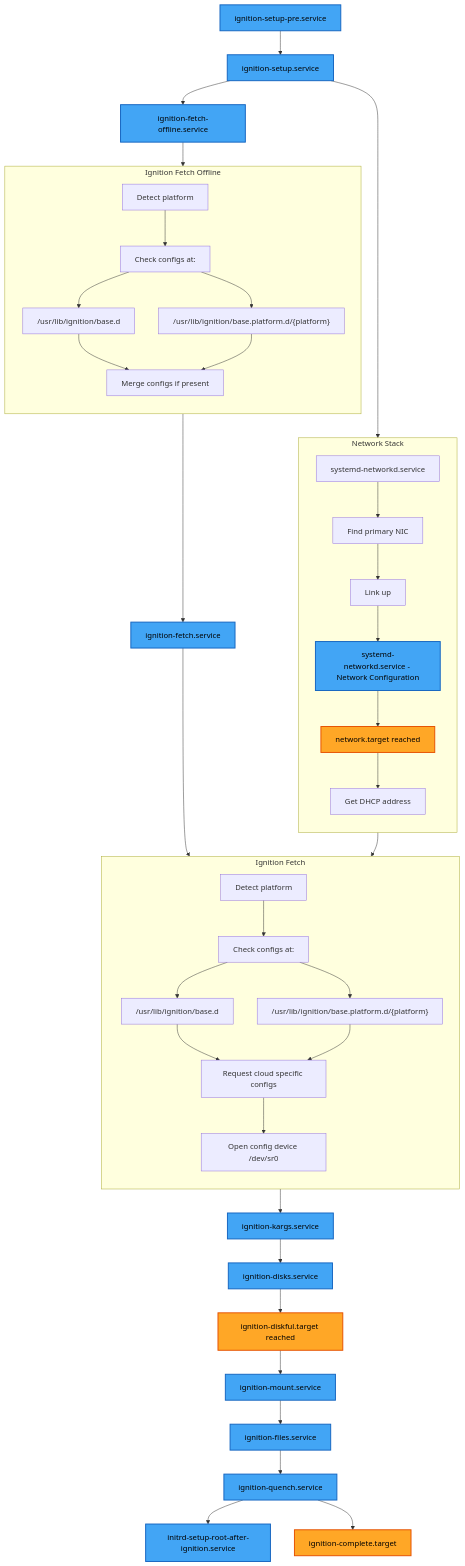
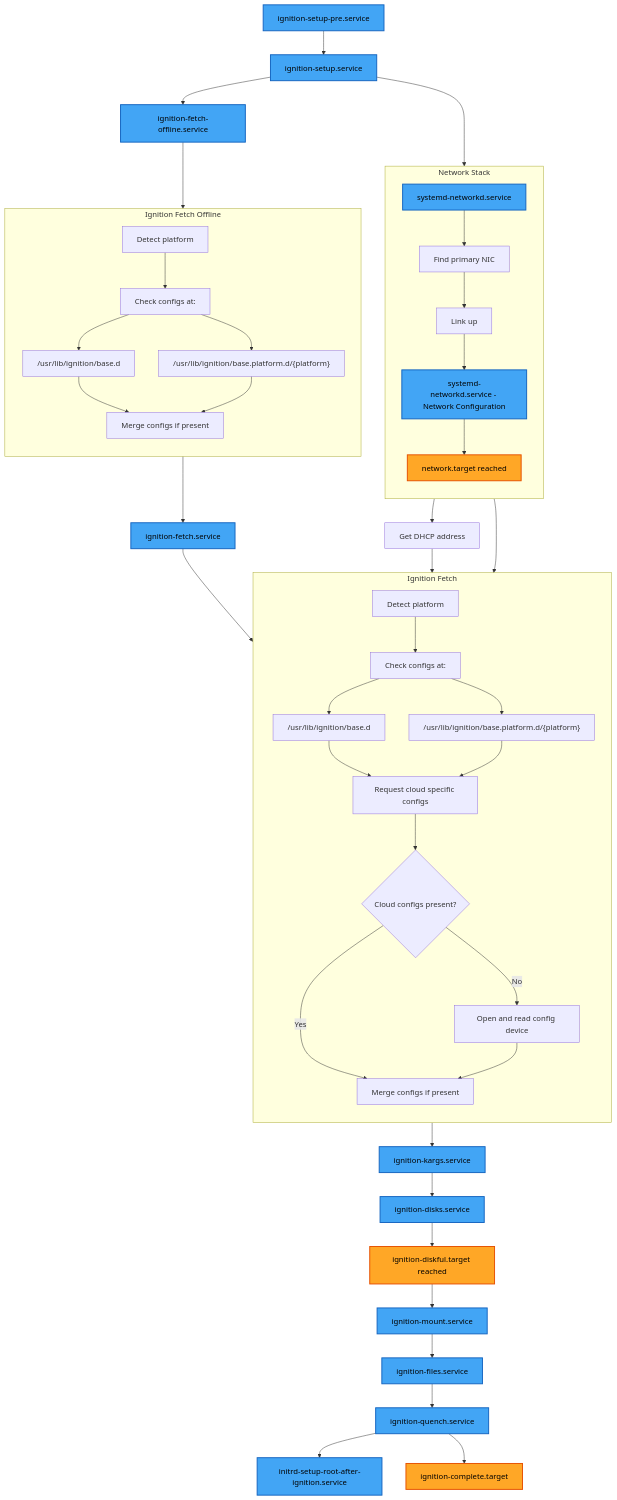
Before and after one commit to coreos/ignition: the diagram in docs/ignition-flow.md, drawn with Mermaid.

Commit message:
Make DCHP a requirement for requesting cloud specific configs

````diff
--- a/docs/ignition-flow.md
+++ b/docs/ignition-flow.md
@@ -35,10 +35,15 @@
         online_check_configs --> online_base_dir
         online_check_configs --> online_platform_dir
         online_request_cloud_configs["Request cloud specific configs"]
-        online_open_config_device["Open config device /dev/sr0"]
+        online_cloud_configs_present{"Cloud configs present?"}
+        online_use_cloud_configs["Merge configs if present"]
+        online_open_config_device["Open and read config device"]
         online_base_dir --> online_request_cloud_configs
         online_platform_dir --> online_request_cloud_configs
-        online_request_cloud_configs --> online_open_config_device
+        online_request_cloud_configs --> online_cloud_configs_present
+        online_cloud_configs_present -->|Yes| online_use_cloud_configs
+        online_cloud_configs_present -->|No| online_open_config_device
+        online_open_config_device --> online_use_cloud_configs
     end
     fetch_service --> FETCH_ONLINE
     
@@ -50,11 +55,13 @@
         link_up["Link up"]
         network_config["systemd-networkd.service - Network Configuration"]
         network_target["network.target reached"]
-        get_dhcp_address["Get DHCP address"]
-        networkd_service --> find_primary_nic --> link_up --> network_config --> network_target --> get_dhcp_address
+        networkd_service --> find_primary_nic --> link_up --> network_config --> network_target
     end
     setup --> NETWORK
     NETWORK --> FETCH_ONLINE
+    NETWORK --> get_dhcp_address["Get DHCP address"]
+    get_dhcp_address --> online_cloud_configs_present
+
     
     %% --- Disk & Mount Services ---
     FETCH_ONLINE --> kargs_service["ignition-kargs.service"]
@@ -72,6 +79,6 @@
     classDef service fill:#42a5f5,stroke:#1565c0,stroke-width:2px,color:#000
     classDef target fill:#ffa726,stroke:#e65100,stroke-width:2px,color:#000
     
-    class setup_pre,setup,fetch_offline,fetch_service,kargs_service,disks_service,mount_service,files_service,quench_service,initrd_setup_root,network_config service
+    class setup_pre,setup,fetch_offline,fetch_service,kargs_service,disks_service,mount_service,files_service,quench_service,initrd_setup_root,network_config,networkd_service service
     class diskful_target,complete_target,network_target target
 ```
````
